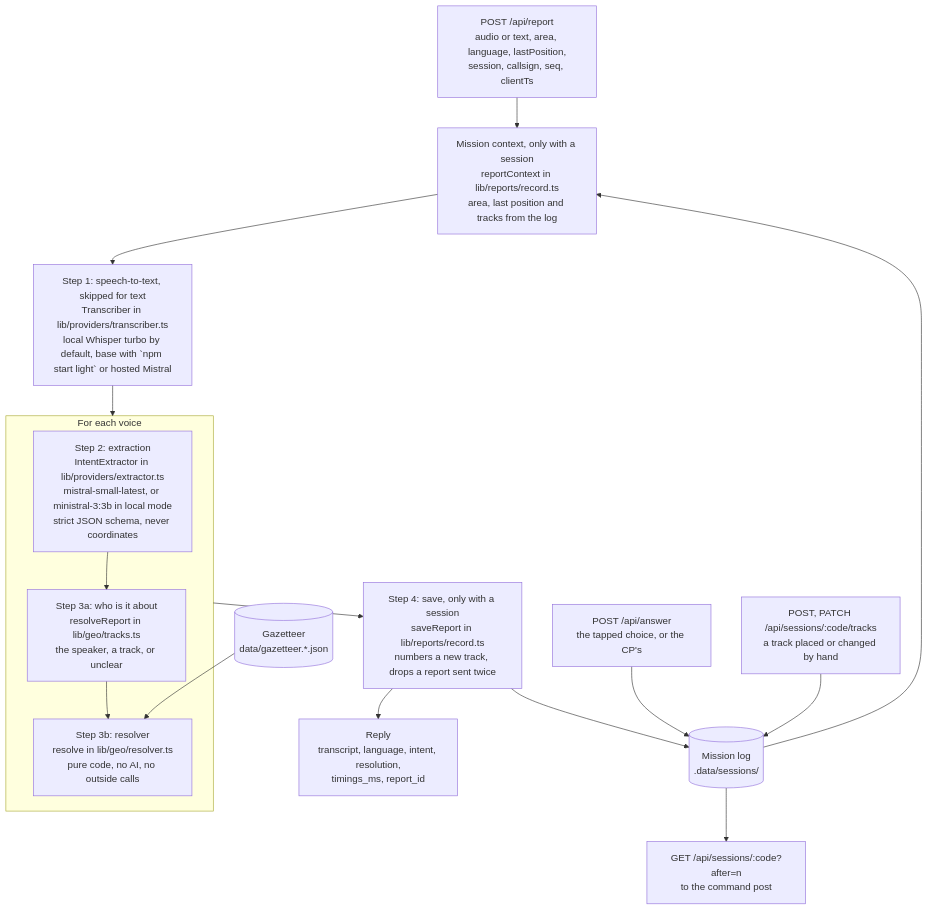
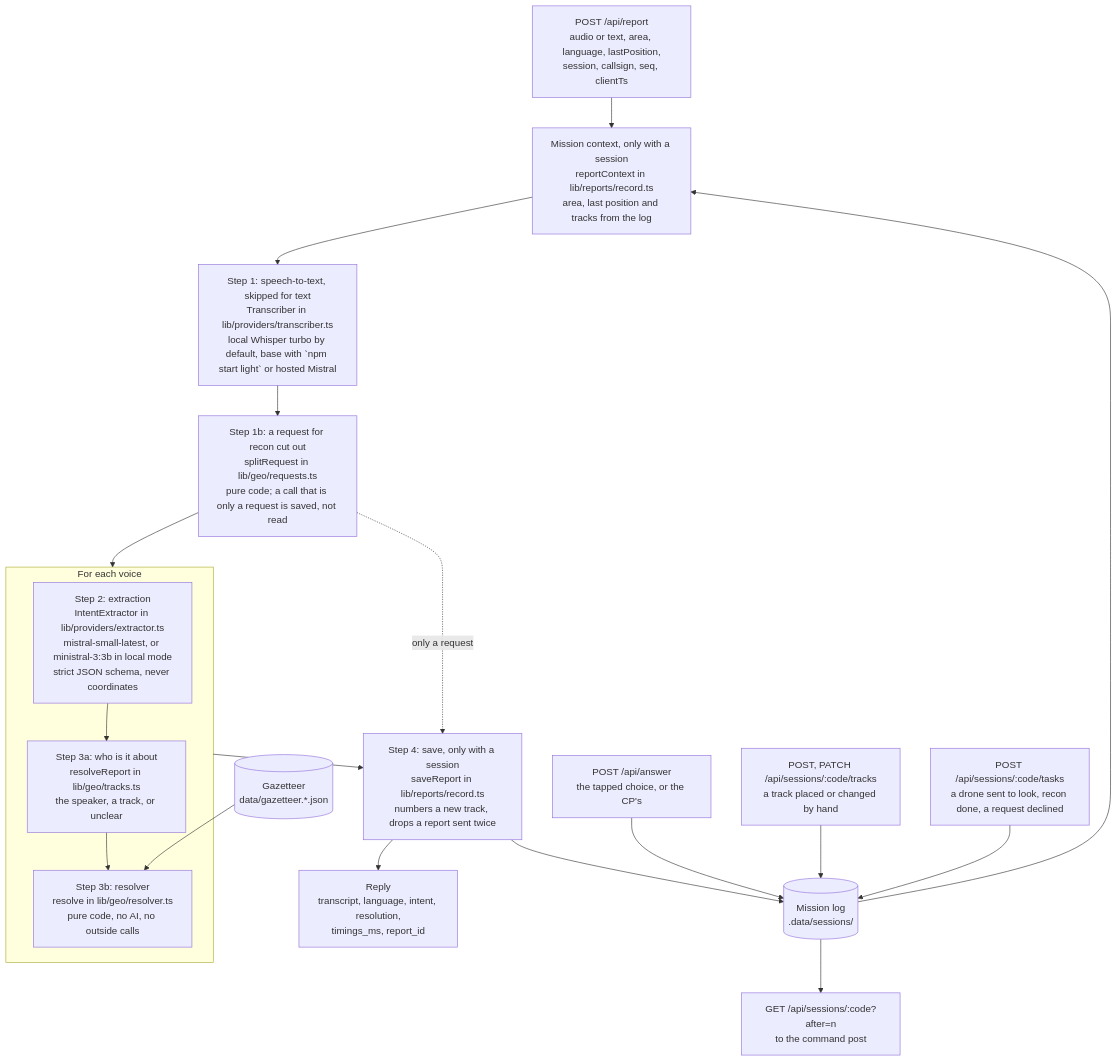
Before and after one commit to adam2765/edth-hackathon: the second of 4 diagrams in docs/architecture.md, drawn with Mermaid. The commit also changed other lines of this file and 33 other files, not shown here.

First line of the commit message:
Recon: a unit asks for a drone, the command post sends one

````diff
--- a/docs/architecture.md
+++ b/docs/architecture.md
@@ -77,27 +77,31 @@
 ```mermaid
 flowchart TB
     IN["POST /api/report<br/>audio or text, area, language, lastPosition,<br/>session, callsign, seq, clientTs"]
     CTX["Mission context, only with a session<br/>reportContext in lib/reports/record.ts<br/>area, last position and tracks from the log"]
     STT["Step 1: speech-to-text, skipped for text<br/>Transcriber in lib/providers/transcriber.ts<br/>local Whisper turbo by default, base with `npm start light` or hosted Mistral"]
+    REQ["Step 1b: a request for recon cut out<br/>splitRequest in lib/geo/requests.ts<br/>pure code; a call that is only a request is saved, not read"]
     subgraph VOICES["For each voice"]
         EXT["Step 2: extraction<br/>IntentExtractor in lib/providers/extractor.ts<br/>mistral-small-latest, or ministral-3:3b in local mode<br/>strict JSON schema, never coordinates"]
         SUB["Step 3a: who is it about<br/>resolveReport in lib/geo/tracks.ts<br/>the speaker, a track, or unclear"]
         RES["Step 3b: resolver<br/>resolve in lib/geo/resolver.ts<br/>pure code, no AI, no outside calls"]
         EXT --> SUB --> RES
     end
     GAZ[("Gazetteer<br/>data/gazetteer.*.json")]
     SAVE["Step 4: save, only with a session<br/>saveReport in lib/reports/record.ts<br/>numbers a new track, drops a report sent twice"]
     OUT["Reply<br/>transcript, language, intent, resolution,<br/>timings_ms, report_id"]
     LOG[("Mission log<br/>.data/sessions/")]
     ANS["POST /api/answer<br/>the tapped choice, or the CP's"]
     PLOT["POST, PATCH /api/sessions/:code/tracks<br/>a track placed or changed by hand"]
+    TASK["POST /api/sessions/:code/tasks<br/>a drone sent to look, recon done, a request declined"]
     READ["GET /api/sessions/:code?after=n<br/>to the command post"]
 
-    IN --> CTX --> STT --> VOICES --> SAVE --> OUT
+    IN --> CTX --> STT --> REQ --> VOICES --> SAVE --> OUT
+    REQ -. "only a request" .-> SAVE
     GAZ --> RES
     LOG --> CTX
     SAVE --> LOG
     ANS --> LOG
     PLOT --> LOG
+    TASK --> LOG
     LOG --> READ
 ```
````
